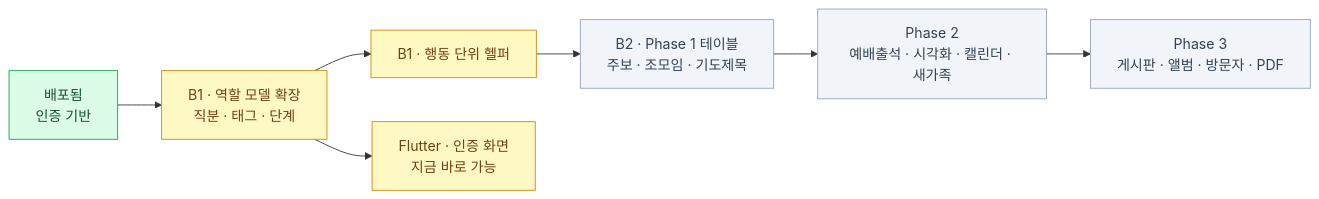
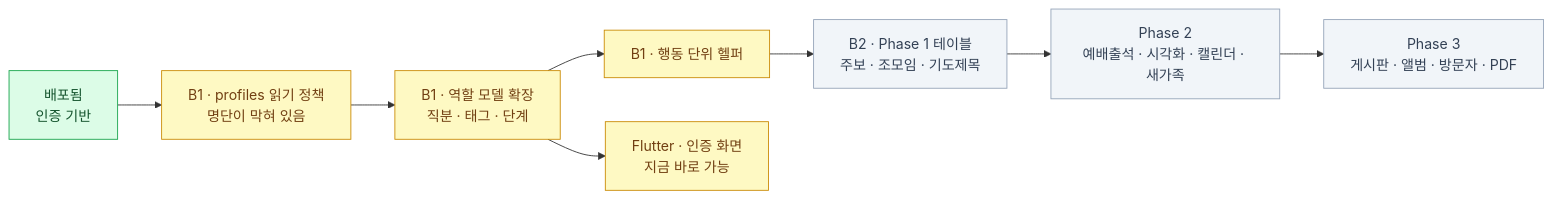
The seventh of 7 diagrams in back/docs/ARCHITECTURE.md (sarangchoi-1/project-300), drawn with Mermaid before and after one commit. The commit also changed other lines of this file and 1 other file, not shown here.

````diff
--- a/back/docs/ARCHITECTURE.md
+++ b/back/docs/ARCHITECTURE.md
@@ -401,16 +401,17 @@
 ```mermaid
 flowchart LR
-  S0["배포됨<br/>인증 기반"] --> S1["B1 · 역할 모델 확장<br/>직분 · 태그 · 단계"]
+  S0["배포됨<br/>인증 기반"] --> SA["B1 · profiles 읽기 정책<br/>명단이 막혀 있음"]
+  SA --> S1["B1 · 역할 모델 확장<br/>직분 · 태그 · 단계"]
   S1 --> S2["B1 · 행동 단위 헬퍼"]
   S2 --> S3["B2 · Phase 1 테이블<br/>주보 · 조모임 · 기도제목"]
   S1 --> F1["Flutter · 인증 화면<br/>지금 바로 가능"]
   S3 --> S4["Phase 2<br/>예배출석 · 시각화 · 캘린더 · 새가족"]
   S4 --> S5["Phase 3<br/>게시판 · 앨범 · 방문자 · PDF"]
 
   classDef done fill:#dcfce7,stroke:#16a34a,color:#14532d
   classDef now fill:#fef9c3,stroke:#ca8a04,color:#713f12
   classDef later fill:#f1f5f9,stroke:#94a3b8,color:#334155
   class S0 done
-  class S1,S2,F1 now
+  class SA,S1,S2,F1 now
   class S3,S4,S5 later
 ```
````
